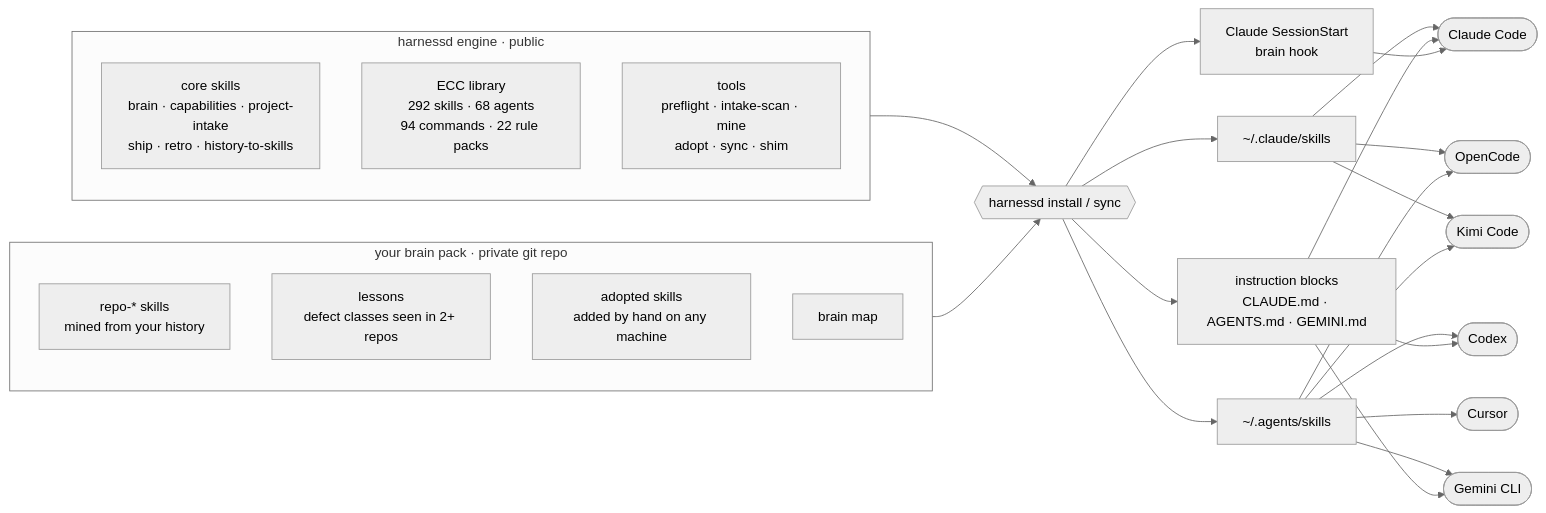
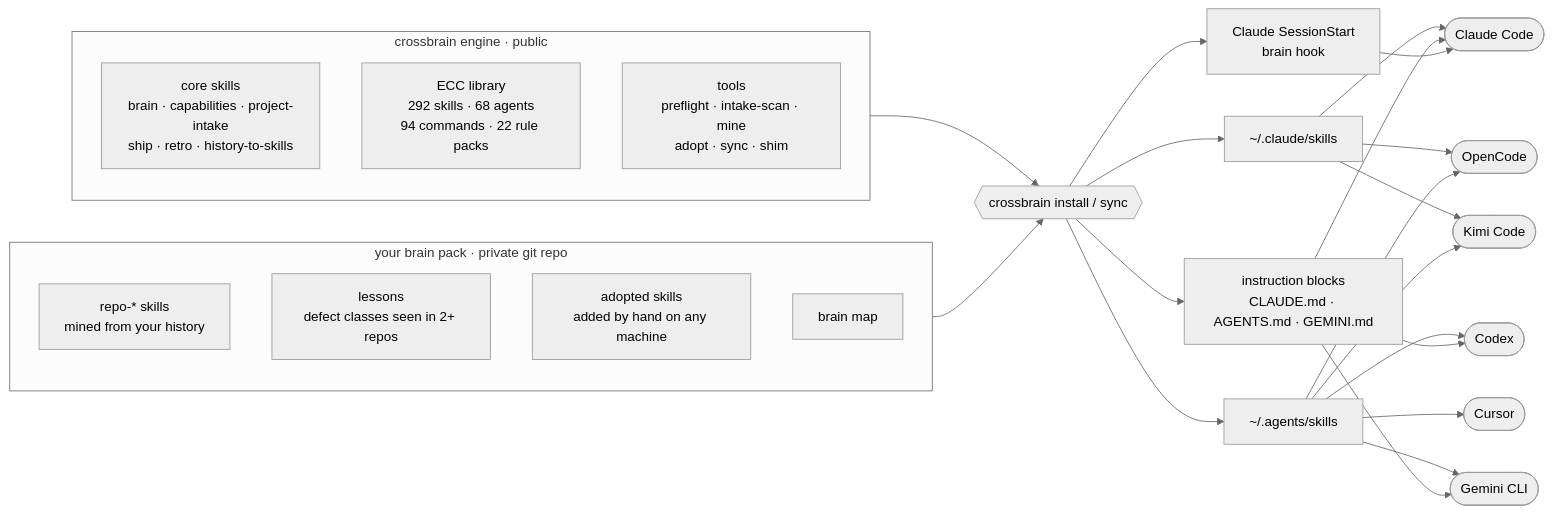
Before and after one commit to imodoiepale/crossbrain: the first of 7 diagrams in README.md, drawn with Mermaid (neutral theme). The commit also changed other lines of this file and 43 other files, not shown here.

First line of the commit message:
refactor: rename harnessd to crossbrain

````diff
--- a/README.md
+++ b/README.md
@@ -105,30 +105,30 @@
 ```mermaid
 flowchart LR
-  subgraph ENGINE["harnessd engine · public"]
+  subgraph ENGINE["crossbrain engine · public"]
     direction TB
     S1["core skills<br/>brain · capabilities · project-intake<br/>ship · retro · history-to-skills"]
     S2["ECC library<br/>292 skills · 68 agents<br/>94 commands · 22 rule packs"]
     T["tools<br/>preflight · intake-scan · mine<br/>adopt · sync · shim"]
   end
 
   subgraph PACK["your brain pack · private git repo"]
     direction TB
     P1["repo-* skills<br/>mined from your history"]
     P2["lessons<br/>defect classes seen in 2+ repos"]
     P3["adopted skills<br/>added by hand on any machine"]
     P4["brain map"]
   end
 
-  ENGINE --> I{{"harnessd install / sync"}}
+  ENGINE --> I{{"crossbrain install / sync"}}
   PACK --> I
 
   I --> C1["~/.claude/skills"]
   I --> C2["~/.agents/skills"]
   I --> C3["instruction blocks<br/>CLAUDE.md · AGENTS.md · GEMINI.md"]
   I --> C4["Claude SessionStart<br/>brain hook"]
 
   C1 --> A1([Claude Code]) & A5([OpenCode]) & A6([Kimi Code])
   C2 --> A2([Codex]) & A3([Cursor]) & A4([Gemini CLI]) & A5 & A6
   C3 --> A1 & A2 & A4
   C4 --> A1
 ```
````
